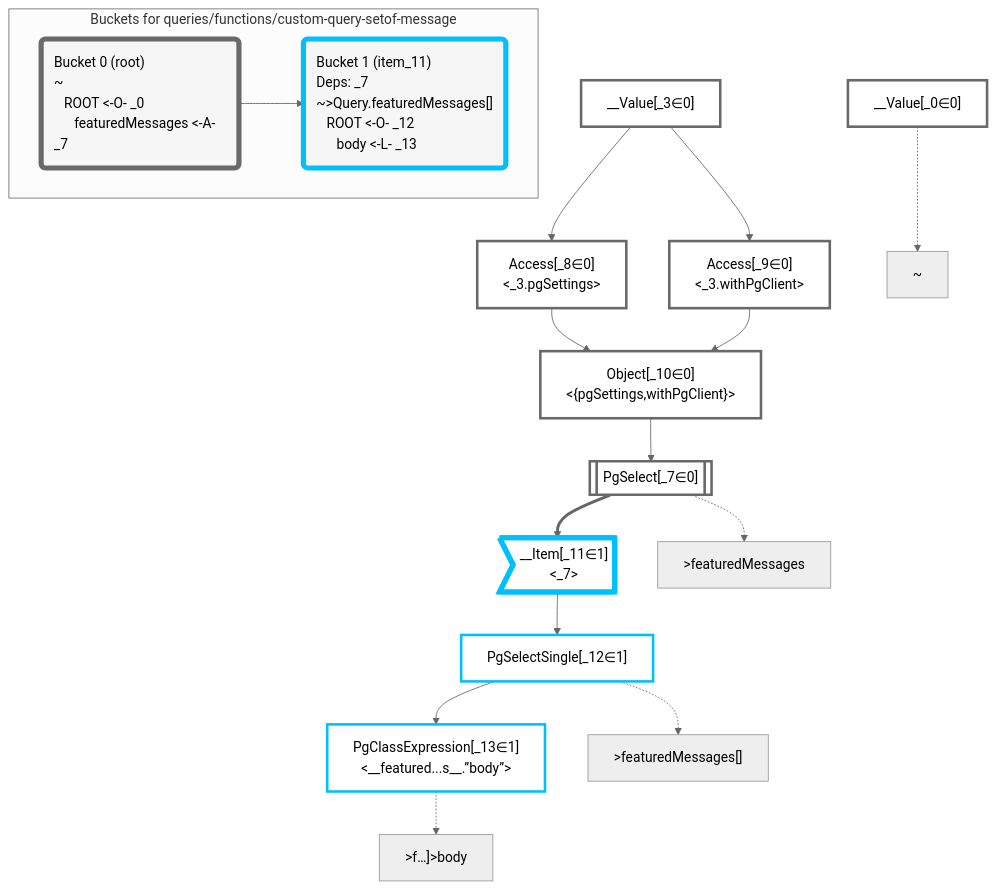
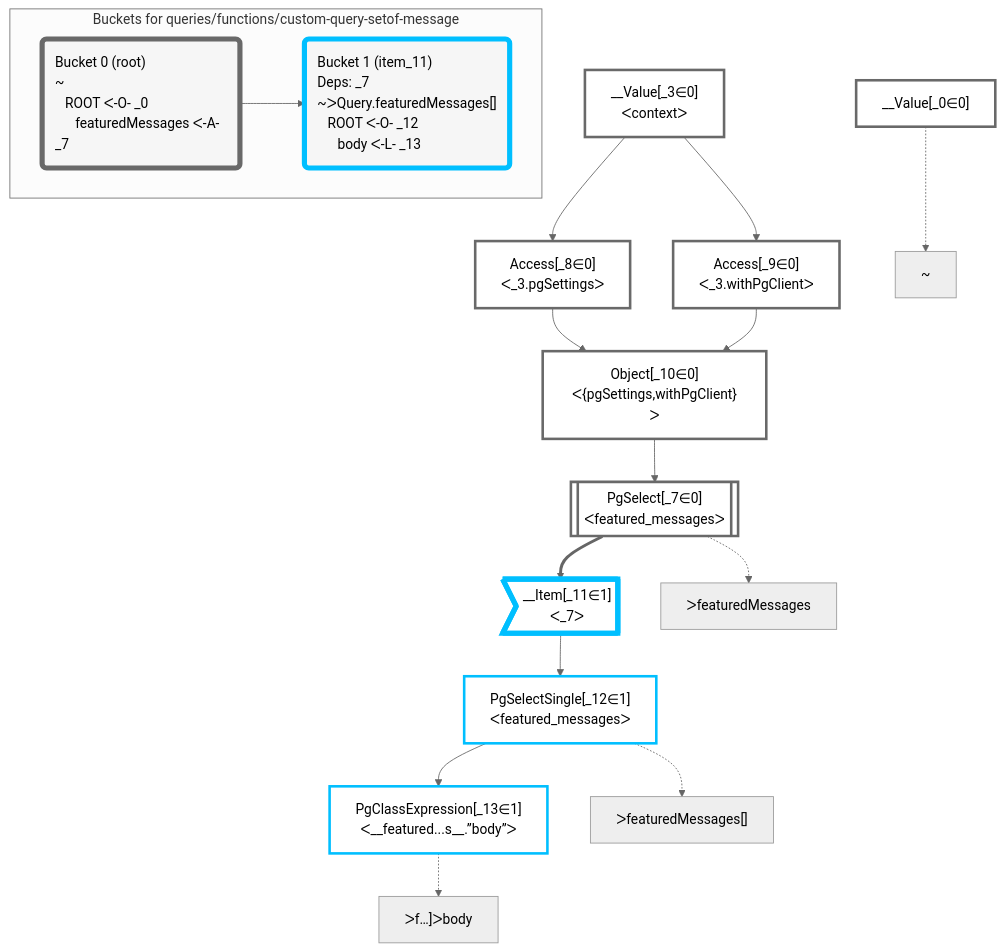
The diagram in packages/dataplan-pg/__tests__/queries/functions/custom-query-setof-message.deopt.mermaid.md (graphile/crystal), drawn with Mermaid (neutral theme) before and after one commit. The commit also changed 195 other files, not shown here.

````diff
--- a/packages/dataplan-pg/__tests__/queries/functions/custom-query-setof-message.deopt.mermaid.md
+++ b/packages/dataplan-pg/__tests__/queries/functions/custom-query-setof-message.deopt.mermaid.md
@@ -1,54 +1,54 @@
 ```mermaid
 graph TD
     classDef path fill:#eee,stroke:#000,color:#000
     classDef plan fill:#fff,stroke-width:3px,color:#000
     classDef itemplan fill:#fff,stroke-width:6px,color:#000
     classDef sideeffectplan fill:#f00,stroke-width:6px,color:#000
     classDef bucket fill:#f6f6f6,color:#000,stroke-width:6px,text-align:left
 
 
     %% define plans
     __Value_0["__Value[_0∈0]"]:::plan
-    __Value_3["__Value[_3∈0]<br /><context>"]:::plan
-    PgSelect_7[["PgSelect[_7∈0]<br /><featured_messages>"]]:::plan
-    Access_8["Access[_8∈0]<br /><_3.pgSettings>"]:::plan
-    Access_9["Access[_9∈0]<br /><_3.withPgClient>"]:::plan
-    Object_10["Object[_10∈0]<br /><{pgSettings,withPgClient}>"]:::plan
-    __Item_11>"__Item[_11∈1]<br /><_7>"]:::itemplan
-    PgSelectSingle_12["PgSelectSingle[_12∈1]<br /><featured_messages>"]:::plan
-    PgClassExpression_13["PgClassExpression[_13∈1]<br /><__featured...s__.”body”>"]:::plan
+    __Value_3["__Value[_3∈0]<br />ᐸcontextᐳ"]:::plan
+    PgSelect_7[["PgSelect[_7∈0]<br />ᐸfeatured_messagesᐳ"]]:::plan
+    Access_8["Access[_8∈0]<br />ᐸ_3.pgSettingsᐳ"]:::plan
+    Access_9["Access[_9∈0]<br />ᐸ_3.withPgClientᐳ"]:::plan
+    Object_10["Object[_10∈0]<br />ᐸ{pgSettings,withPgClient}ᐳ"]:::plan
+    __Item_11>"__Item[_11∈1]<br />ᐸ_7ᐳ"]:::itemplan
+    PgSelectSingle_12["PgSelectSingle[_12∈1]<br />ᐸfeatured_messagesᐳ"]:::plan
+    PgClassExpression_13["PgClassExpression[_13∈1]<br />ᐸ__featured...s__.”body”ᐳ"]:::plan
 
     %% plan dependencies
     Object_10 --> PgSelect_7
     __Value_3 --> Access_8
     __Value_3 --> Access_9
     Access_8 --> Object_10
     Access_9 --> Object_10
     PgSelect_7 ==> __Item_11
     __Item_11 --> PgSelectSingle_12
     PgSelectSingle_12 --> PgClassExpression_13
 
     %% plan-to-path relationships
     P_0["~"]
     __Value_0 -.-> P_0
-    P_7[">featuredMessages"]
+    P_7["ᐳfeaturedMessages"]
     PgSelect_7 -.-> P_7
-    P_12[">featuredMessages[]"]
+    P_12["ᐳfeaturedMessages[]"]
     PgSelectSingle_12 -.-> P_12
-    P_13[">f…]>body"]
+    P_13["ᐳf…]ᐳbody"]
     PgClassExpression_13 -.-> P_13
 
     %% allocate buckets
     classDef bucket0 stroke:#696969
     class __Value_0,__Value_3,PgSelect_7,Access_8,Access_9,Object_10 bucket0
     classDef bucket1 stroke:#00bfff
     class __Item_11,PgSelectSingle_12,PgClassExpression_13 bucket1
 
     subgraph "Buckets for queries/functions/custom-query-setof-message"
-    Bucket0("Bucket 0 (root)<br />~<br />⠀ROOT <-O- _0<br />⠀⠀featuredMessages <-A- _7"):::bucket
+    Bucket0("Bucket 0 (root)<br />~<br />⠀ROOT ᐸ-O- _0<br />⠀⠀featuredMessages ᐸ-A- _7"):::bucket
     style Bucket0 stroke:#696969
-    Bucket1("Bucket 1 (item_11)<br />Deps: _7<br />~>Query.featuredMessages[]<br />⠀ROOT <-O- _12<br />⠀⠀body <-L- _13"):::bucket
+    Bucket1("Bucket 1 (item_11)<br />Deps: _7<br />~ᐳQuery.featuredMessages[]<br />⠀ROOT ᐸ-O- _12<br />⠀⠀body ᐸ-L- _13"):::bucket
     style Bucket1 stroke:#00bfff
     Bucket0 --> Bucket1
     end
 ```
````
